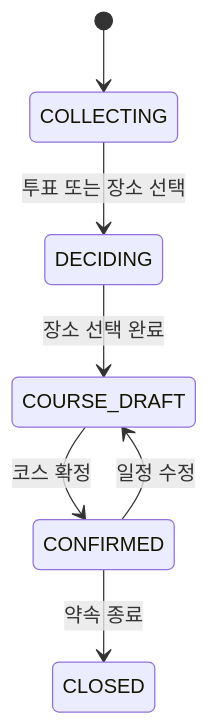
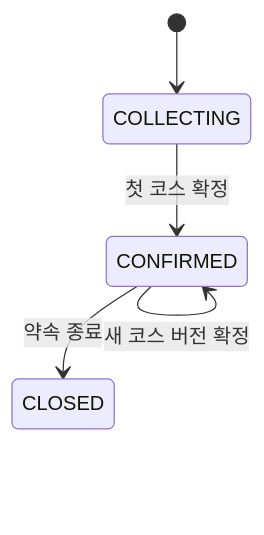
Before and after one commit to 2026-Siheung-SW-Bootcamp-Team-D/docs: the second of 2 diagrams in specs/기능명세서_v1.3.md, drawn with Mermaid. The commit also changed other lines of this file and 3 other files, not shown here.

Commit message:
docs: 문서 최신화 및 ERD 설계

````diff
--- a/specs/기능명세서_v1.3.md
+++ b/specs/기능명세서_v1.3.md
@@ -474,9 +476,7 @@
 ```mermaid
 stateDiagram-v2
     [*] --> COLLECTING
-    COLLECTING --> DECIDING: 투표 또는 장소 선택
-    DECIDING --> COURSE_DRAFT: 장소 선택 완료
-    COURSE_DRAFT --> CONFIRMED: 코스 확정
-    CONFIRMED --> COURSE_DRAFT: 일정 수정
+    COLLECTING --> CONFIRMED: 첫 코스 확정
+    CONFIRMED --> CONFIRMED: 새 코스 버전 확정
     CONFIRMED --> CLOSED: 약속 종료
 ```
````
